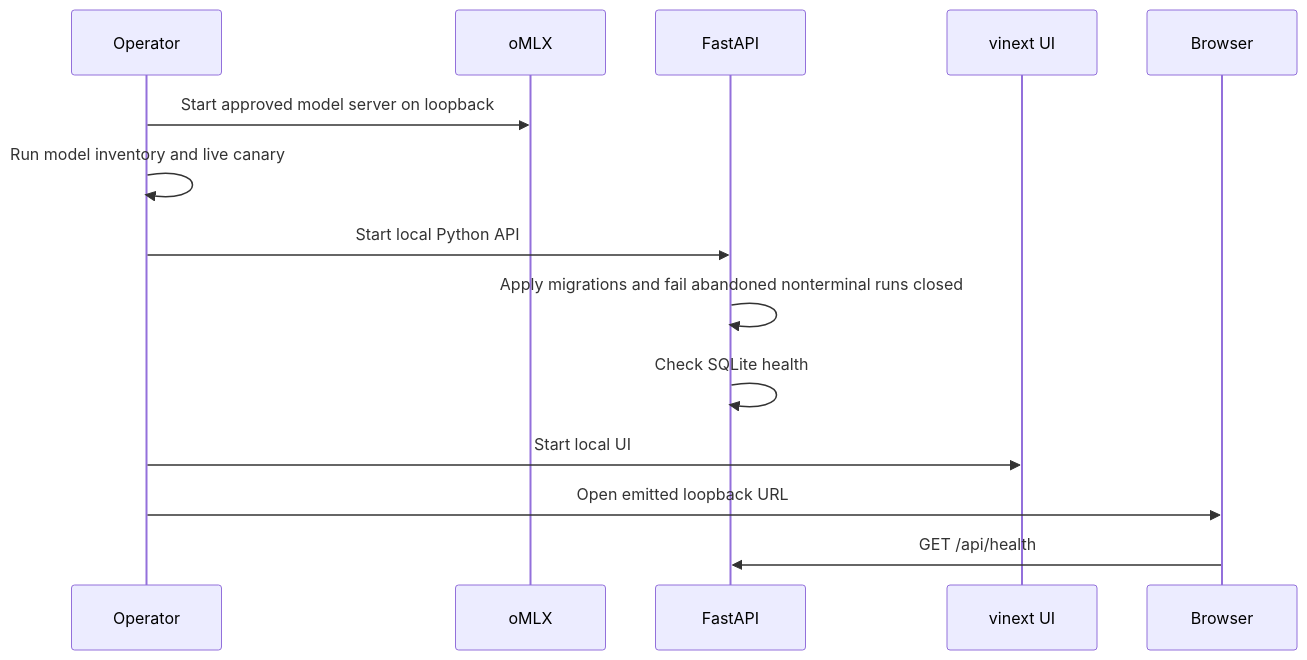
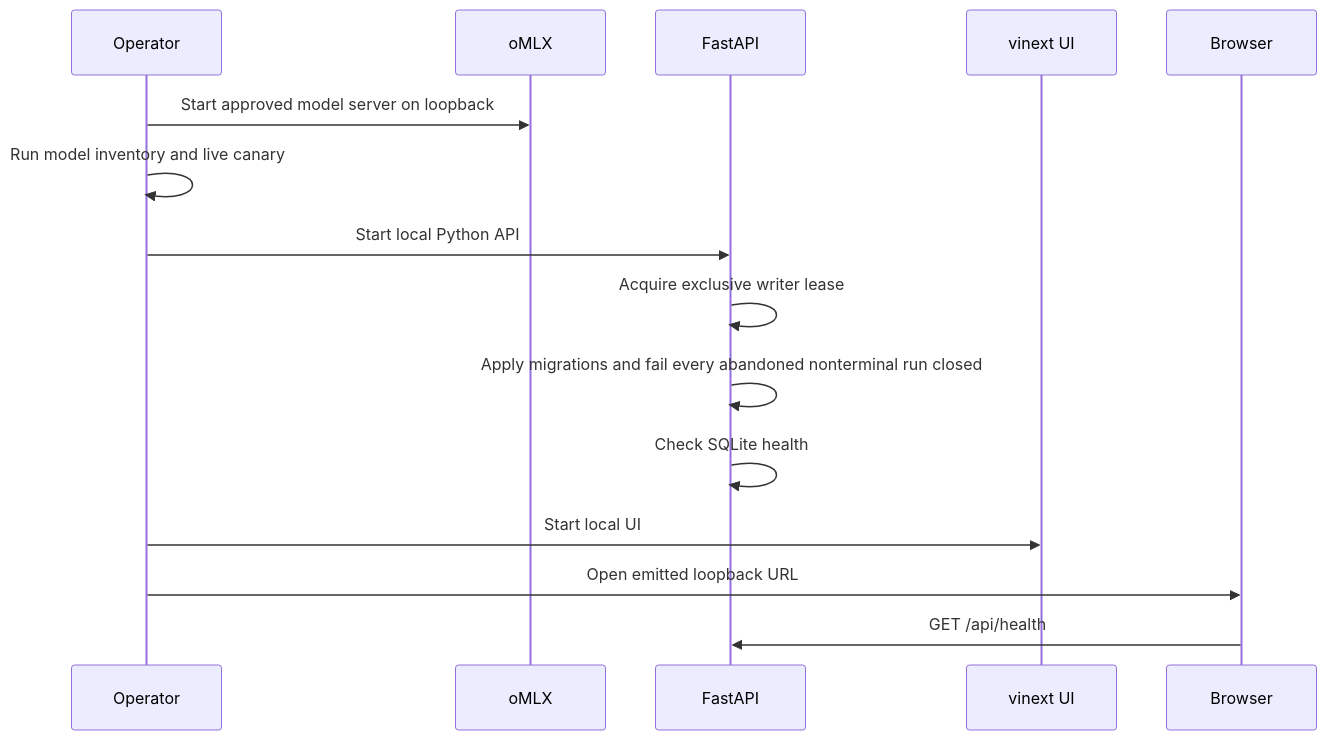
The first of 2 diagrams in docs/technical/operations.md (sw30labs/PorterForcesAI), drawn with Mermaid before and after one commit. The commit also changed other lines of this file and 12 other files, not shown here.

````diff
--- a/docs/technical/operations.md
+++ b/docs/technical/operations.md
@@ -48,17 +48,18 @@
 ```mermaid
 sequenceDiagram
     participant O as Operator
     participant M as oMLX
     participant A as FastAPI
     participant U as vinext UI
     participant B as Browser
 
     O->>M: Start approved model server on loopback
     O->>O: Run model inventory and live canary
     O->>A: Start local Python API
-    A->>A: Apply migrations and fail abandoned nonterminal runs closed
+    A->>A: Acquire exclusive writer lease
+    A->>A: Apply migrations and fail every abandoned nonterminal run closed
     A->>A: Check SQLite health
     O->>U: Start local UI
     O->>B: Open emitted loopback URL
     B->>A: GET /api/health
 ```
````
